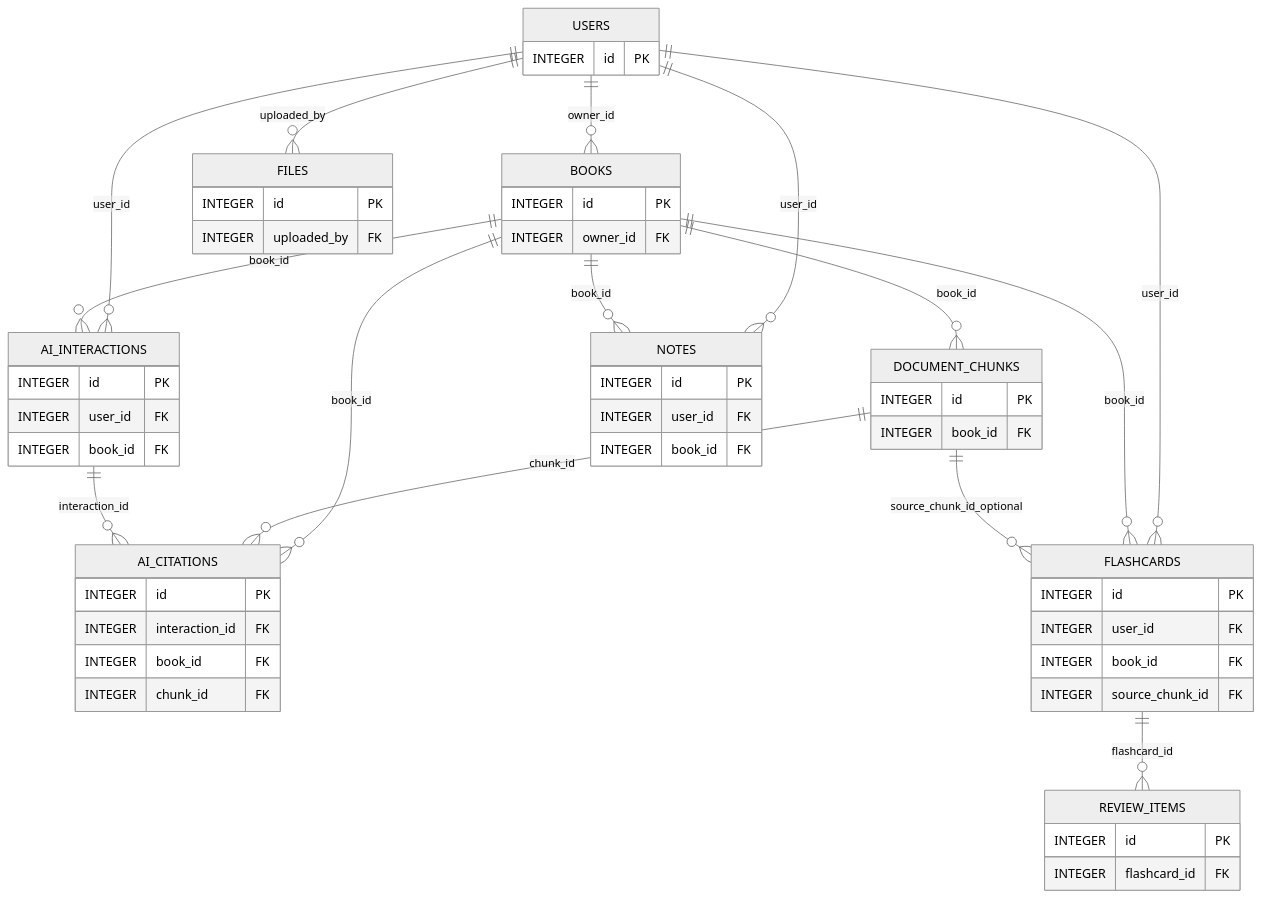
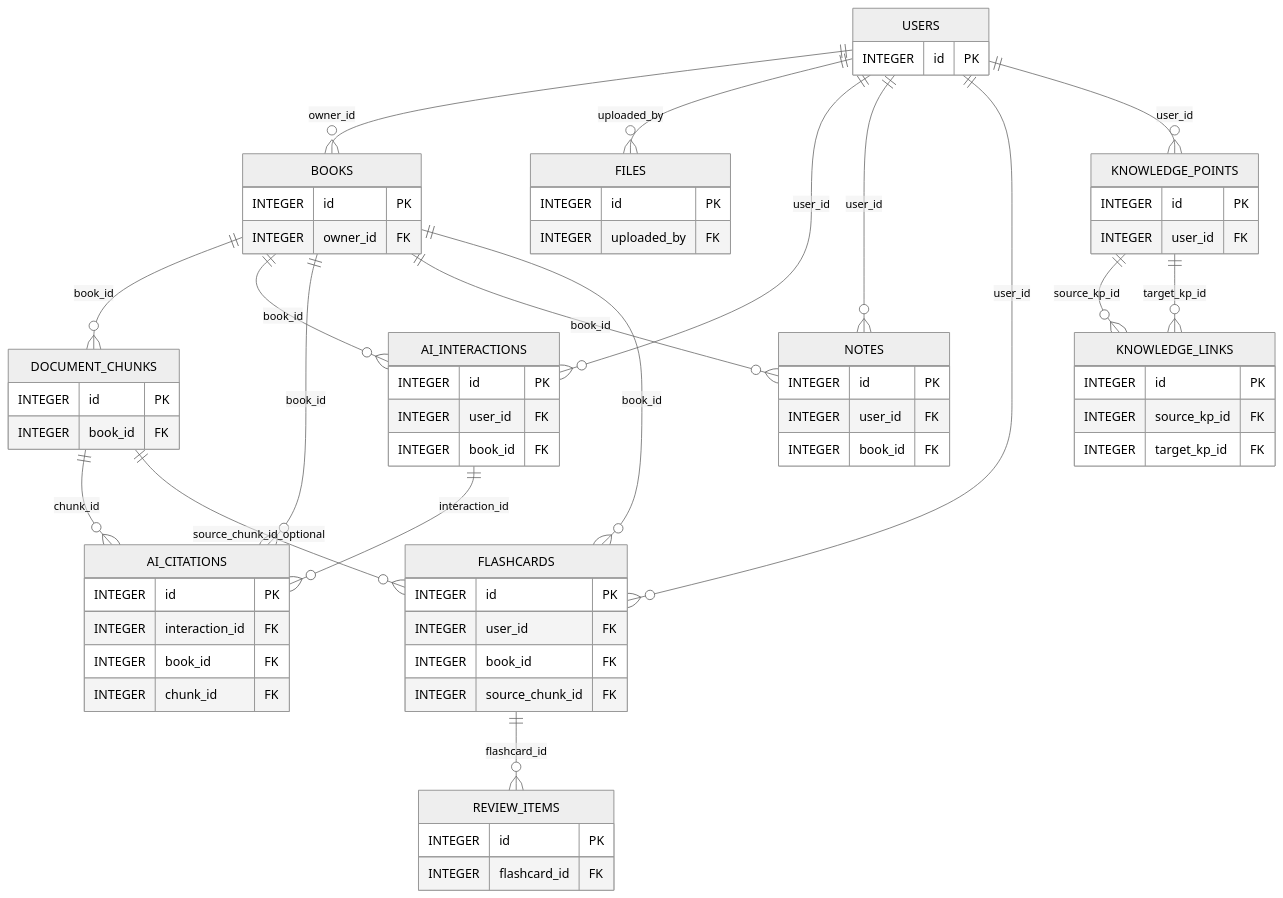
One commit to crossSulation/smart-reader changed the diagram in DB_RELATIONSHIP.md. Above: the diagram before and after it, drawn with Mermaid (neutral theme). The commit also changed other lines of this file and 20 other files, not shown here.

Commit message:
feat:add knowledge graph support

````diff
--- a/DB_RELATIONSHIP.md
+++ b/DB_RELATIONSHIP.md
@@ -20,63 +22,76 @@
 ```mermaid
 erDiagram
     USERS {
         INTEGER id PK
     }
     BOOKS {
         INTEGER id PK
         INTEGER owner_id FK
     }
     FILES {
         INTEGER id PK
         INTEGER uploaded_by FK
     }
     DOCUMENT_CHUNKS {
         INTEGER id PK
         INTEGER book_id FK
     }
     AI_INTERACTIONS {
         INTEGER id PK
         INTEGER user_id FK
         INTEGER book_id FK
     }
     AI_CITATIONS {
         INTEGER id PK
         INTEGER interaction_id FK
         INTEGER book_id FK
         INTEGER chunk_id FK
     }
     NOTES {
         INTEGER id PK
         INTEGER user_id FK
         INTEGER book_id FK
     }
     FLASHCARDS {
         INTEGER id PK
         INTEGER user_id FK
         INTEGER book_id FK
         INTEGER source_chunk_id FK
     }
     REVIEW_ITEMS {
         INTEGER id PK
         INTEGER flashcard_id FK
     }
+    KNOWLEDGE_POINTS {
+        INTEGER id PK
+        INTEGER user_id FK
+    }
+    KNOWLEDGE_LINKS {
+        INTEGER id PK
+        INTEGER source_kp_id FK
+        INTEGER target_kp_id FK
+    }
 
     USERS ||--o{ BOOKS : owner_id
     USERS ||--o{ FILES : uploaded_by
     USERS ||--o{ AI_INTERACTIONS : user_id
     USERS ||--o{ NOTES : user_id
     USERS ||--o{ FLASHCARDS : user_id
+    USERS ||--o{ KNOWLEDGE_POINTS : user_id
 
     BOOKS ||--o{ DOCUMENT_CHUNKS : book_id
     BOOKS ||--o{ AI_INTERACTIONS : book_id
     BOOKS ||--o{ AI_CITATIONS : book_id
     BOOKS ||--o{ NOTES : book_id
     BOOKS ||--o{ FLASHCARDS : book_id
 
     DOCUMENT_CHUNKS ||--o{ AI_CITATIONS : chunk_id
     DOCUMENT_CHUNKS ||--o{ FLASHCARDS : source_chunk_id_optional
 
     AI_INTERACTIONS ||--o{ AI_CITATIONS : interaction_id
 
     FLASHCARDS ||--o{ REVIEW_ITEMS : flashcard_id
+
+    KNOWLEDGE_POINTS ||--o{ KNOWLEDGE_LINKS : source_kp_id
+    KNOWLEDGE_POINTS ||--o{ KNOWLEDGE_LINKS : target_kp_id
 ```
````
